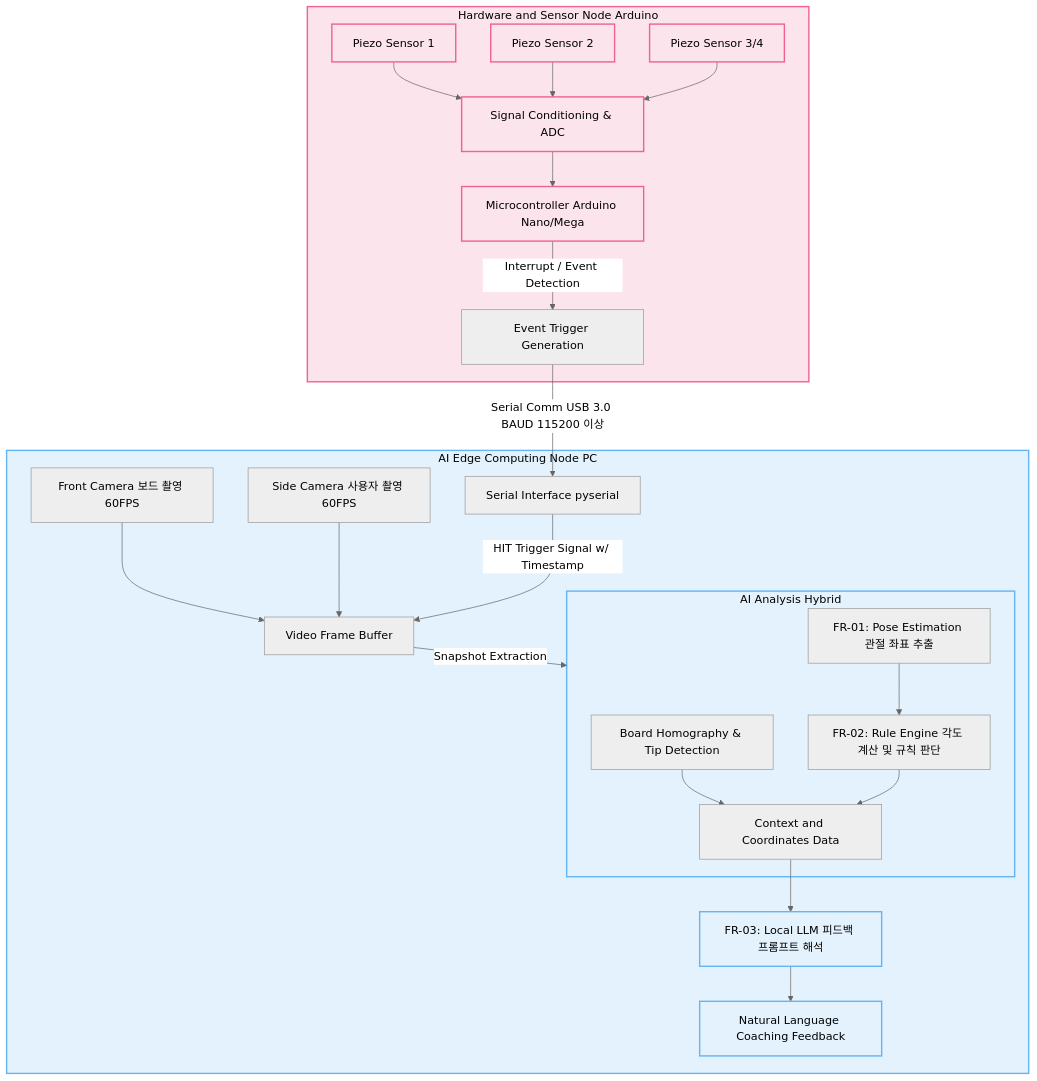
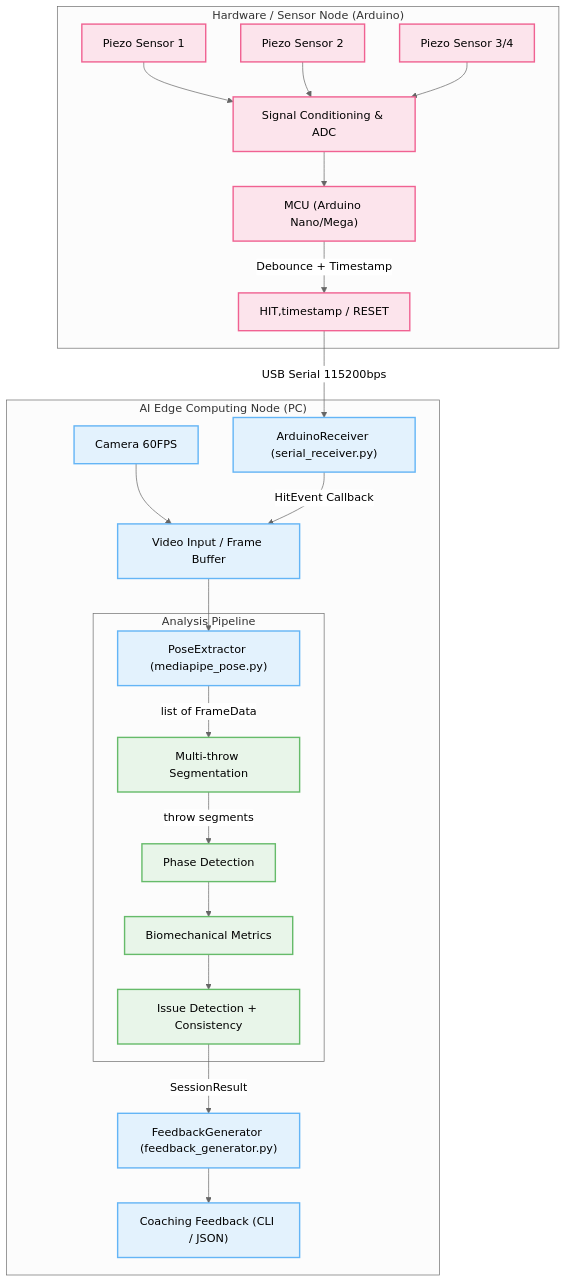
Before and after one commit to godkisung/DartPose-AI: the diagram in darts_architecture_spec.md, drawn with Mermaid (neutral theme). The commit also changed other lines of this file and 14 other files, not shown here.

First line of the commit message:
refactor: 전체 아키텍처 리팩토링 및 End-to-End 파이프라인 구축

````diff
--- a/darts_architecture_spec.md
+++ b/darts_architecture_spec.md
@@ -64,45 +77,41 @@
 ```mermaid
 graph TD
     %% 하드웨어/센서 파트
-    subgraph Hardware [Hardware and Sensor Node Arduino]
-        Sensor1[Piezo Sensor 1] --> ADC["Signal Conditioning & ADC"]
-        Sensor2[Piezo Sensor 2] --> ADC
-        SensorN[Piezo Sensor 3/4] --> ADC
-        ADC --> Arduino["Microcontroller Arduino Nano/Mega"]
-        Arduino -- "Interrupt / Event Detection" --> Payload[Event Trigger Generation]
+    subgraph Hardware ["Hardware / Sensor Node (Arduino)"]
+        Sensor1["Piezo Sensor 1"] --> ADC["Signal Conditioning & ADC"]
+        Sensor2["Piezo Sensor 2"] --> ADC
+        SensorN["Piezo Sensor 3/4"] --> ADC
+        ADC --> Arduino["MCU (Arduino Nano/Mega)"]
+        Arduino -- "Debounce + Timestamp" --> Payload["HIT,timestamp / RESET"]
     end
 
-    %% S/W 및 AI 파이프라인
-    subgraph EdgePC [AI Edge Computing Node PC]
-        SerialReceiver["Serial Interface pyserial"]
-        CameraBoard["Front Camera 보드 촬영 60FPS"] --> FrameBuffer[Video Frame Buffer]
-        CameraUser["Side Camera 사용자 촬영 60FPS"] --> FrameBuffer
-        
-        SerialReceiver -- "HIT Trigger Signal w/ Timestamp" --> FrameBuffer
-        
-        FrameBuffer -- "Snapshot Extraction" --> VisionPipeline
-        
-        %% 방식 A 아키텍처 반영
-        subgraph VisionPipeline [AI Analysis Hybrid]
-            C1["Board Homography & Tip Detection"]
-            C2["FR-01: Pose Estimation 관절 좌표 추출"]
-            C3["FR-02: Rule Engine 각도 계산 및 규칙 판단"]
-            
-            C1 --> ContextData
-            C2 --> C3
-            C3 --> ContextData[Context and Coordinates Data]
+    %% S/W 파이프라인
+    subgraph EdgePC ["AI Edge Computing Node (PC)"]
+        SerialRx["ArduinoReceiver (serial_receiver.py)"]
+        Camera["Camera 60FPS"] --> VideoInput["Video Input / Frame Buffer"]
+
+        SerialRx -- "HitEvent Callback" --> VideoInput
+
+        VideoInput --> PoseExt["PoseExtractor (mediapipe_pose.py)"]
+
+        subgraph Analysis ["Analysis Pipeline"]
+            PoseExt -- "list of FrameData" --> Segment["Multi-throw Segmentation"]
+            Segment -- "throw segments" --> PhaseDetect["Phase Detection"]
+            PhaseDetect --> Metrics["Biomechanical Metrics"]
+            Metrics --> Issues["Issue Detection + Consistency"]
         end
-        
-        ContextData --> VLM["FR-03: Local LLM 피드백 프롬프트 해석"]
-        
-        VLM --> Output["Natural Language Coaching Feedback"]
+
+        Issues -- "SessionResult" --> Feedback["FeedbackGenerator (feedback_generator.py)"]
+        Feedback --> Output["Coaching Feedback (CLI / JSON)"]
     end
 
-    Payload -- "Serial Comm USB 3.0 BAUD 115200 이상" --> SerialReceiver
+    Payload -- "USB Serial 115200bps" --> SerialRx
 
-    %% Color Styles
+    %% Styles
     classDef hw fill:#fce4ec,stroke:#f06292,stroke-width:2px,color:#000000;
     classDef sw fill:#e3f2fd,stroke:#64b5f6,stroke-width:2px,color:#000000;
-    class Arduino,Sensor1,Sensor2,SensorN,ADC,Hardware hw;
-    class VLM,VisionPipeline,Output,EdgePC sw;
+    classDef analysis fill:#e8f5e9,stroke:#66bb6a,stroke-width:2px,color:#000000;
+    class Arduino,Sensor1,Sensor2,SensorN,ADC,Payload hw;
+    class SerialRx,Camera,VideoInput,PoseExt,Feedback,Output sw;
+    class Segment,PhaseDetect,Metrics,Issues analysis;
 ```
````
